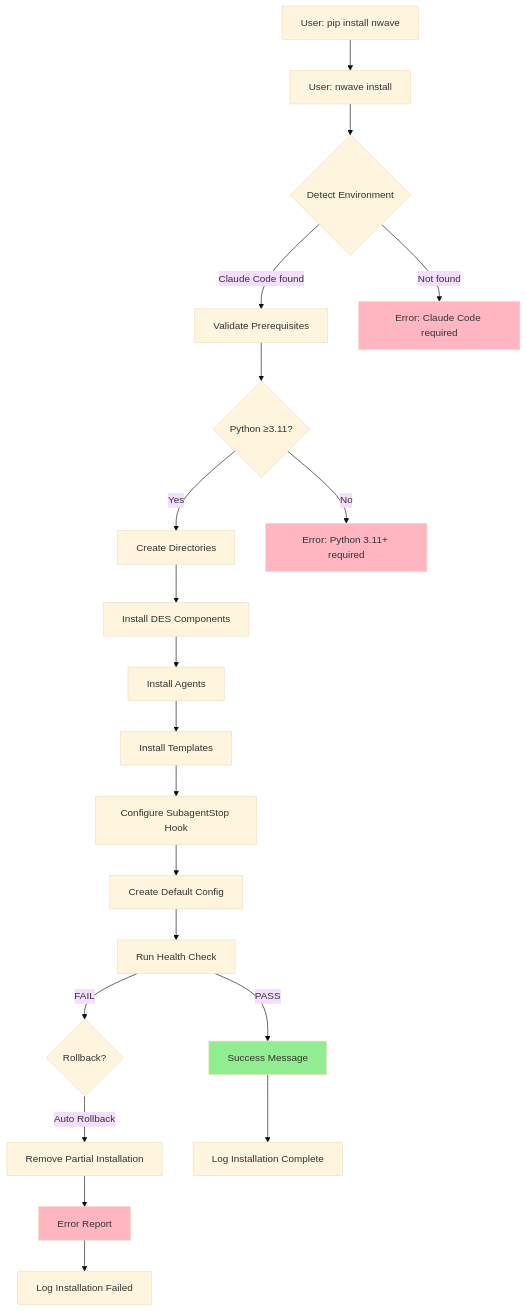
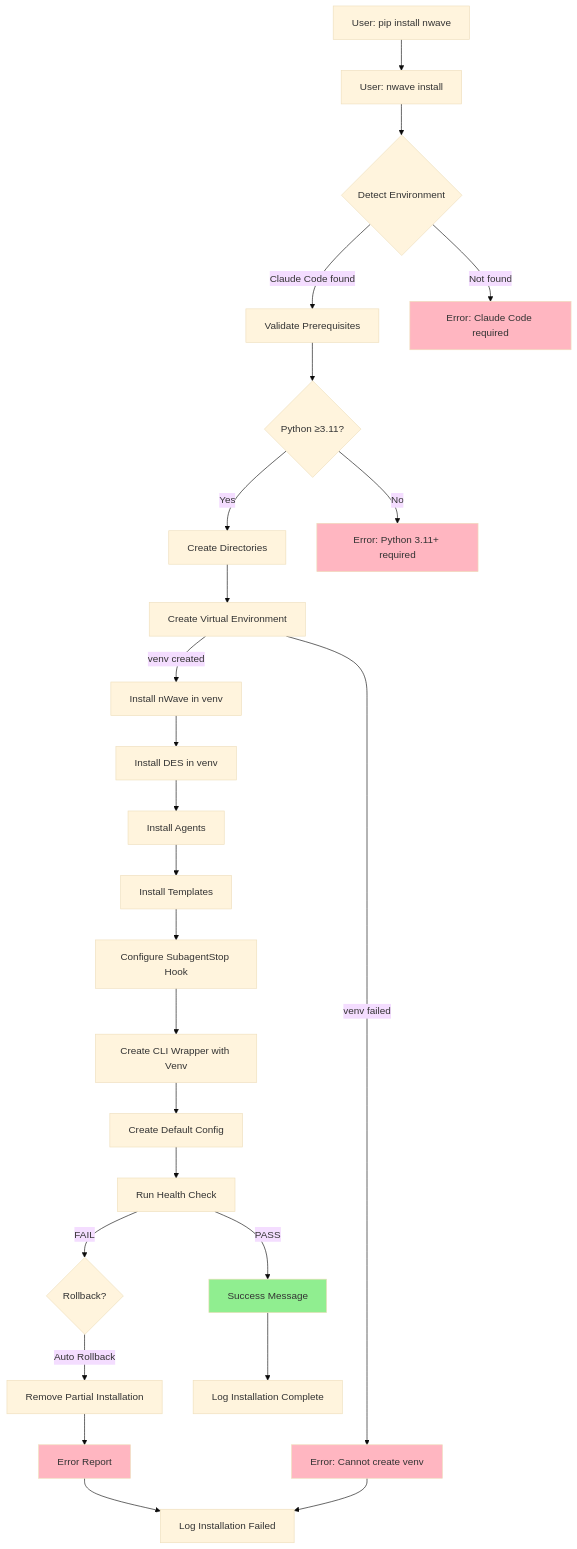
Before and after one commit to 11PJ11/crafter-ai: the first of 2 diagrams in docs/feature/des/design/installation-architecture.md, drawn with Mermaid (base theme). The commit also changed other lines of this file and 2 other files, not shown here.

First line of the commit message:
feat(des): add virtual environment isolation to installation (v1.1)

````diff
--- a/docs/feature/des/design/installation-architecture.md
+++ b/docs/feature/des/design/installation-architecture.md
@@ -256,31 +271,38 @@
 ```mermaid
 flowchart TD
     A[User: pip install nwave] --> B[User: nwave install]
     B --> C{Detect Environment}
     C -->|Claude Code found| D[Validate Prerequisites]
     C -->|Not found| E[Error: Claude Code required]
 
     D --> F{Python ≥3.11?}
     F -->|Yes| G[Create Directories]
     F -->|No| H[Error: Python 3.11+ required]
 
-    G --> I[Install DES Components]
-    I --> J[Install Agents]
+    G --> G1[Create Virtual Environment]
+    G1 -->|venv created| I[Install nWave in venv]
+    G1 -->|venv failed| H1[Error: Cannot create venv]
+
+    I --> I1[Install DES in venv]
+    I1 --> J[Install Agents]
     J --> K[Install Templates]
     K --> L[Configure SubagentStop Hook]
-    L --> M[Create Default Config]
+    L --> L1[Create CLI Wrapper with Venv]
+    L1 --> M[Create Default Config]
     M --> N[Run Health Check]
 
     N -->|PASS| O[Success Message]
     N -->|FAIL| P{Rollback?}
     P -->|Auto Rollback| Q[Remove Partial Installation]
     Q --> R[Error Report]
 
     O --> S[Log Installation Complete]
     R --> T[Log Installation Failed]
+    H1 --> T
 
     style O fill:#90EE90
     style E fill:#FFB6C1
     style H fill:#FFB6C1
+    style H1 fill:#FFB6C1
     style R fill:#FFB6C1
 ```
````
